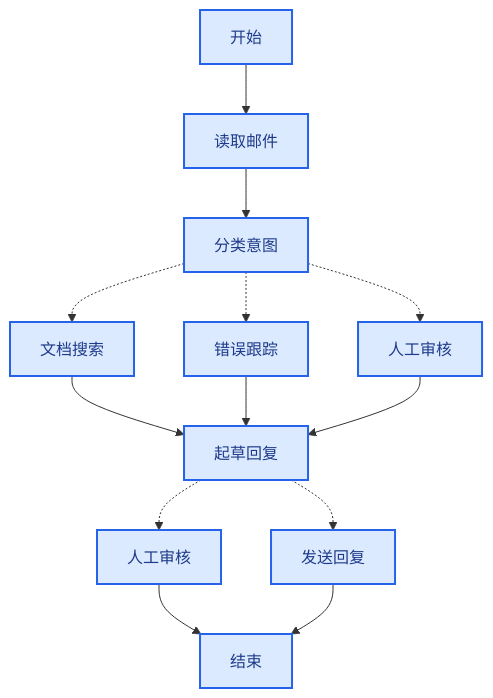
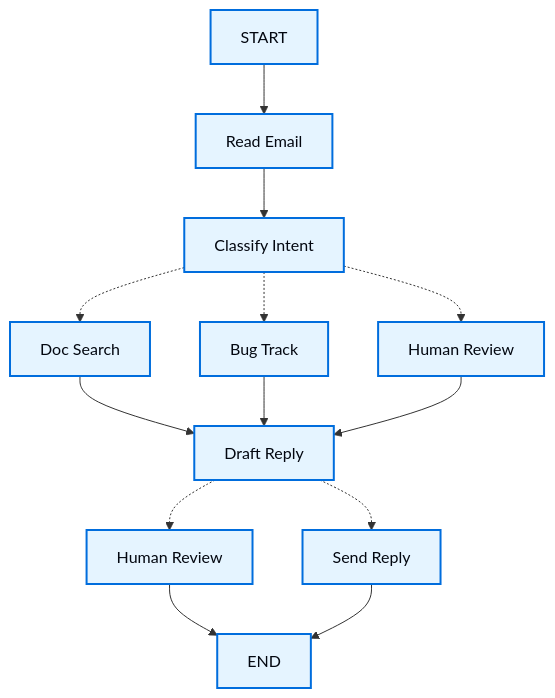
Before and after one commit to kunfan96/cndocs-langchain: the diagram in oss/javascript/langgraph/thinking-in-langgraph.mdx, drawn with Mermaid. The commit also changed other lines of this file and 2538 other files, not shown here.

````diff
--- a/oss/javascript/langgraph/thinking-in-langgraph.mdx
+++ b/oss/javascript/langgraph/thinking-in-langgraph.mdx
@@ -39,22 +39,22 @@
 ```mermaid
 flowchart TD
-    A[开始] --> B[读取邮件]
-    B --> C[分类意图]
+    A[START] --> B[Read Email]
+    B --> C[Classify Intent]
 
-    C -.-> D[文档搜索]
-    C -.-> E[错误跟踪]
-    C -.-> F[人工审核]
+    C -.-> D[Doc Search]
+    C -.-> E[Bug Track]
+    C -.-> F[Human Review]
 
-    D --> G[起草回复]
+    D --> G[Draft Reply]
     E --> G
     F --> G
 
-    G -.-> H[人工审核]
-    G -.-> I[发送回复]
+    G -.-> H[Human Review]
+    G -.-> I[Send Reply]
 
-    H --> J[结束]
-    I --> J[结束]
+    H --> J[END]
+    I --> J[END]
 
-    classDef process fill:#DBEAFE,stroke:#2563EB,stroke-width:2px,color:#1E3A8A
+    classDef process fill:#E5F4FF,stroke:#006DDD,stroke-width:2px,color:#030710
     class A,B,C,D,E,F,G,H,I,J process
 ```
````
